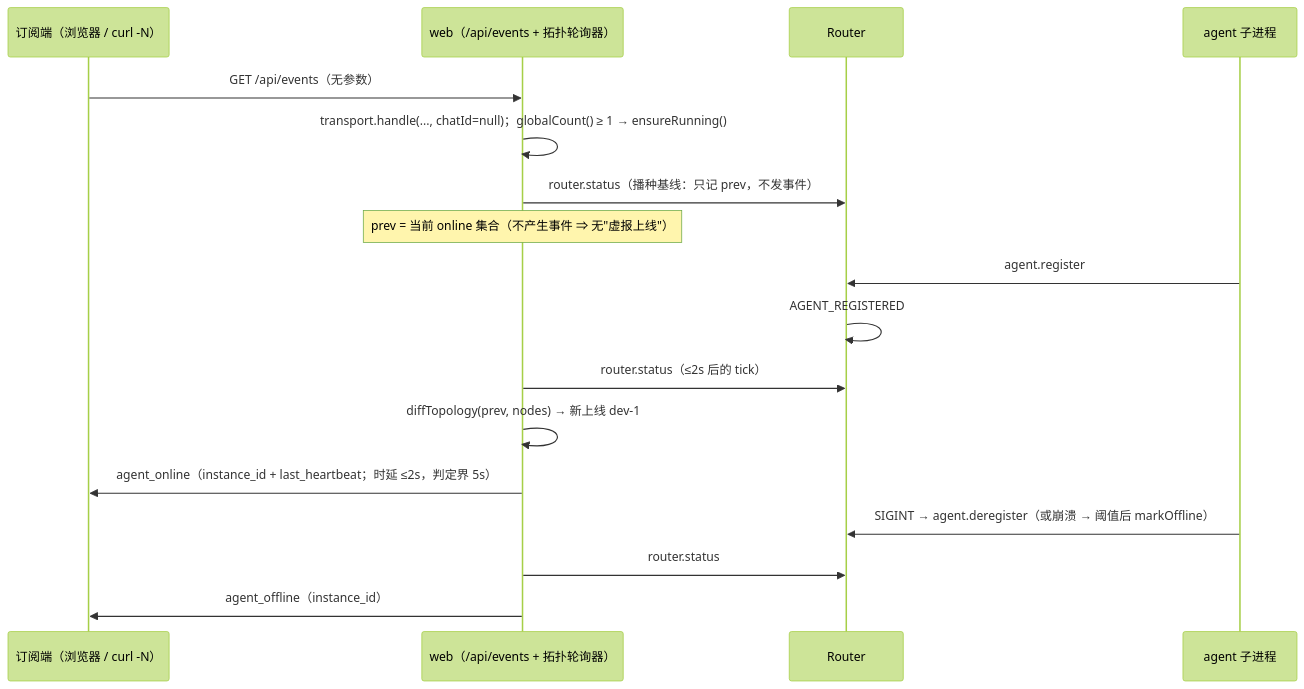
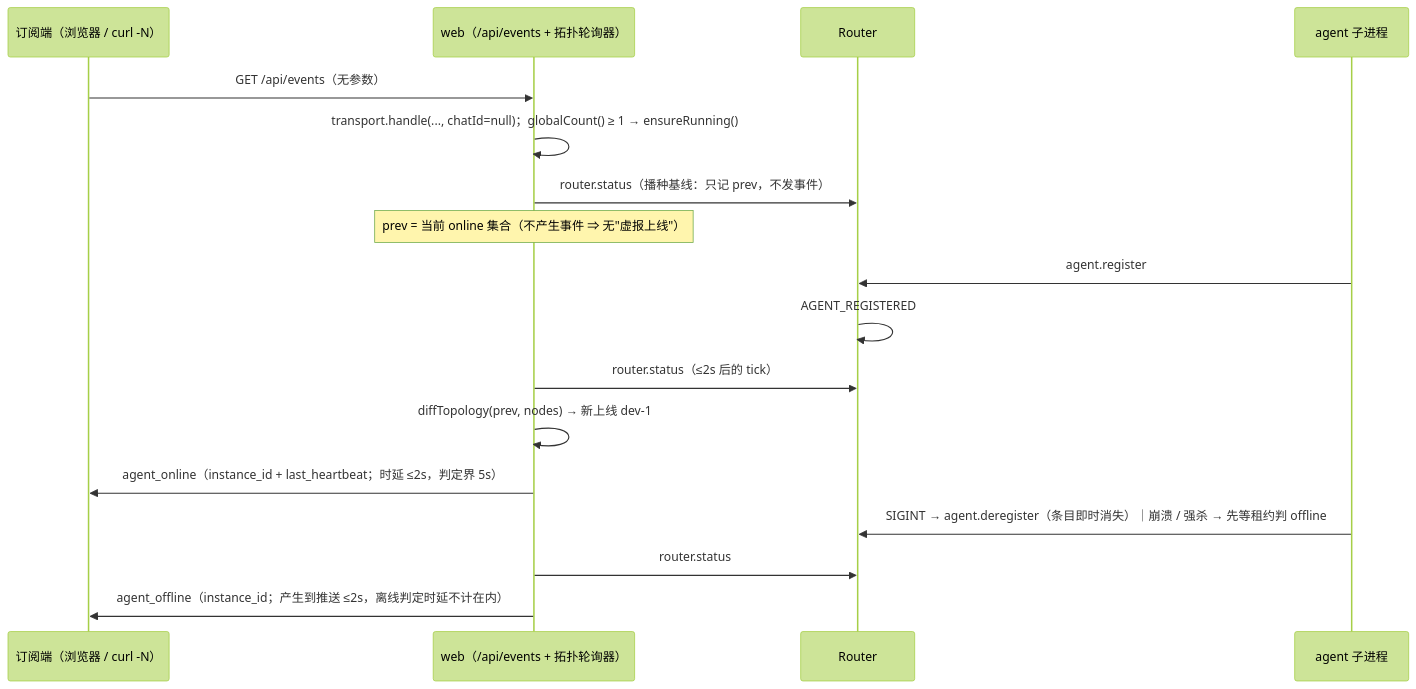
Before and after one commit to chenchiyuan/agents: the third of 5 diagrams in docs/iterations/0015-hub-orchestration-open-api/architecture.md, drawn with Mermaid (forest theme). The commit also changed other lines of this file and 5 other files, not shown here.

````diff
--- a/docs/iterations/0015-hub-orchestration-open-api/architecture.md
+++ b/docs/iterations/0015-hub-orchestration-open-api/architecture.md
@@ -301,20 +301,20 @@
 ```mermaid
 sequenceDiagram
   participant ES as 订阅端（浏览器 / curl -N）
   participant W as web（/api/events + 拓扑轮询器）
   participant R as Router
   participant AG as agent 子进程
 
   ES->>W: GET /api/events（无参数）
   W->>W: transport.handle(..., chatId=null)；globalCount() ≥ 1 → ensureRunning()
   W->>R: router.status（播种基线：只记 prev，不发事件）
   Note over W: prev = 当前 online 集合（不产生事件 ⇒ 无"虚报上线"）
   AG->>R: agent.register
   R->>R: AGENT_REGISTERED
   W->>R: router.status（≤2s 后的 tick）
   W->>W: diffTopology(prev, nodes) → 新上线 dev-1
   W->>ES: agent_online（instance_id + last_heartbeat；时延 ≤2s，判定界 5s）
-  AG->>R: SIGINT → agent.deregister（或崩溃 → 阈值后 markOffline）
+  AG->>R: SIGINT → agent.deregister（条目即时消失）｜崩溃 / 强杀 → 先等租约判 offline
   W->>R: router.status
-  W->>ES: agent_offline（instance_id）
+  W->>ES: agent_offline（instance_id；产生到推送 ≤2s，离线判定时延不计在内）
 ```
````
